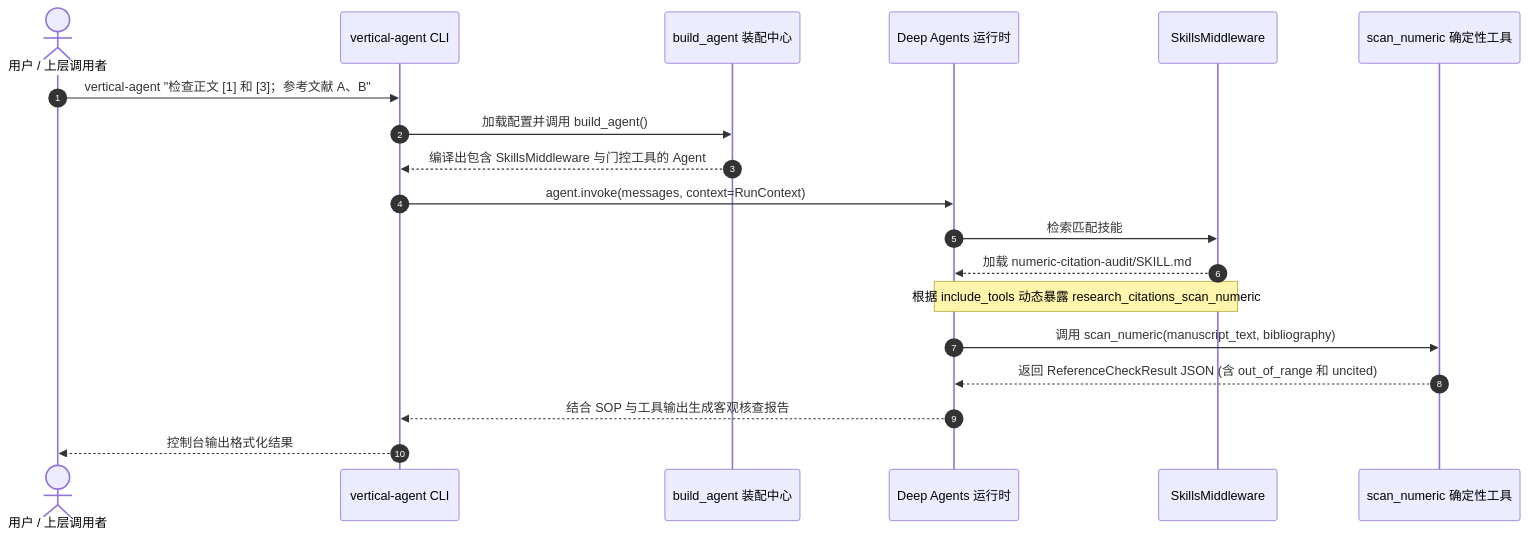
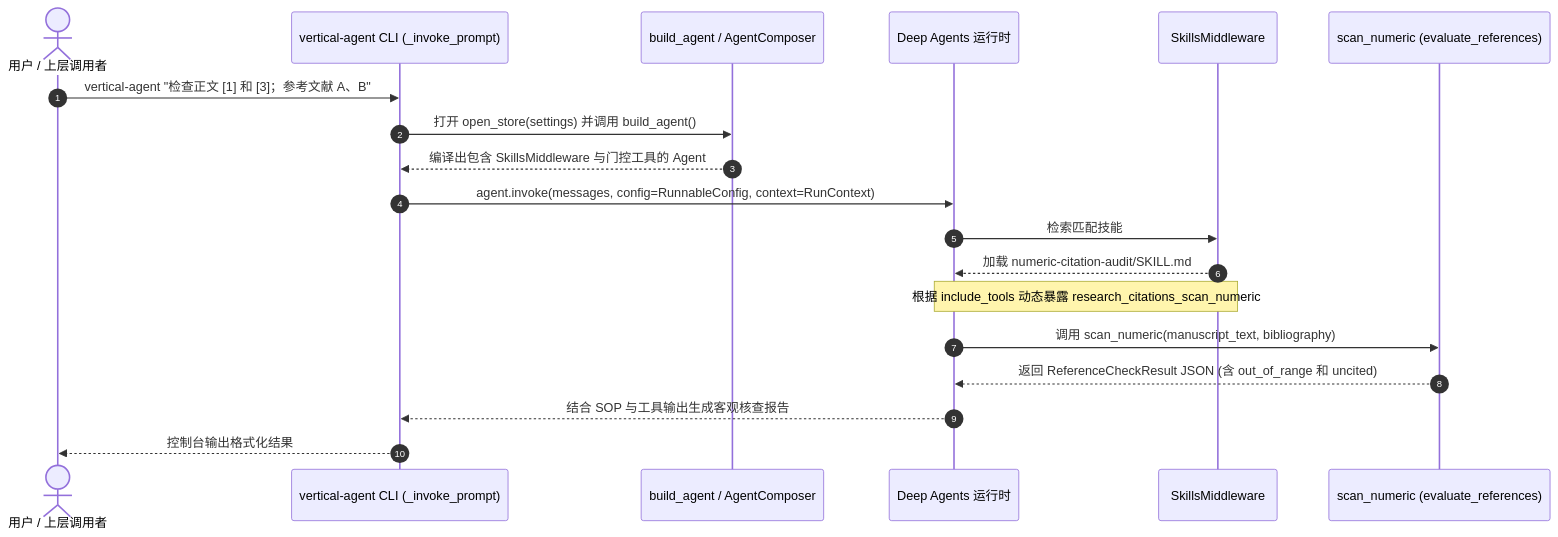
The diagram in openwiki/workflows/citation-audit.md (0passion0/agent_harness), drawn with Mermaid before and after one commit. The commit also changed other lines of this file and 56 other files, not shown here.

````diff
--- a/openwiki/workflows/citation-audit.md
+++ b/openwiki/workflows/citation-audit.md
@@ -25,22 +25,22 @@
 ```mermaid
 sequenceDiagram
     autonumber
     actor User as 用户 / 上层调用者
-    participant CLI as vertical-agent CLI
-    participant Harness as build_agent 装配中心
+    participant CLI as vertical-agent CLI (_invoke_prompt)
+    participant Harness as build_agent / AgentComposer
     participant Agent as Deep Agents 运行时
     participant SkillsMW as SkillsMiddleware
-    participant Tool as scan_numeric 确定性工具
+    participant Tool as scan_numeric (evaluate_references)
 
     User->>CLI: vertical-agent "检查正文 [1] 和 [3]；参考文献 A、B"
-    CLI->>Harness: 加载配置并调用 build_agent()
+    CLI->>Harness: 打开 open_store(settings) 并调用 build_agent()
     Harness-->>CLI: 编译出包含 SkillsMiddleware 与门控工具的 Agent
-    CLI->>Agent: agent.invoke(messages, context=RunContext)
+    CLI->>Agent: agent.invoke(messages, config=RunnableConfig, context=RunContext)
     Agent->>SkillsMW: 检索匹配技能
     SkillsMW-->>Agent: 加载 numeric-citation-audit/SKILL.md
     Note over SkillsMW,Agent: 根据 include_tools 动态暴露 research_citations_scan_numeric
     Agent->>Tool: 调用 scan_numeric(manuscript_text, bibliography)
     Tool-->>Agent: 返回 ReferenceCheckResult JSON (含 out_of_range 和 uncited)
     Agent-->>CLI: 结合 SOP 与工具输出生成客观核查报告
     CLI-->>User: 控制台输出格式化结果
 ```
````
